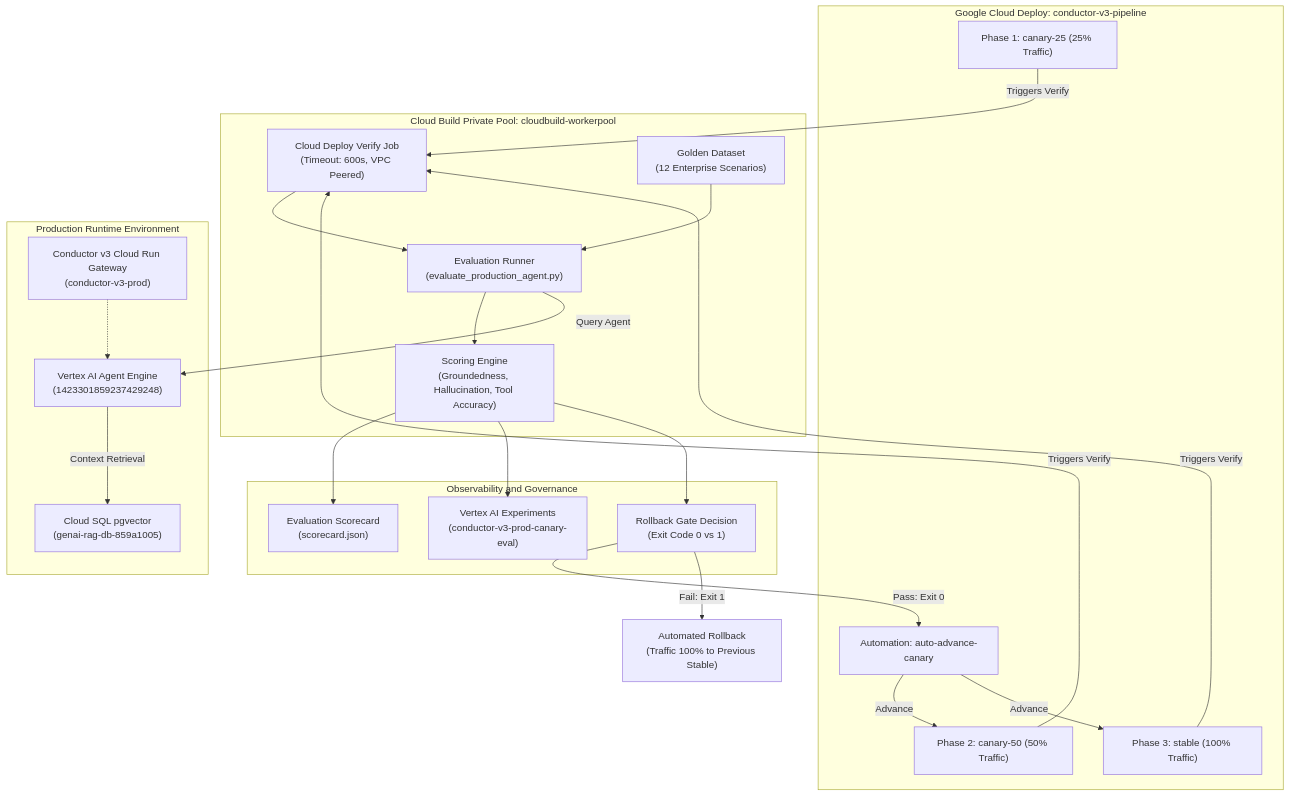
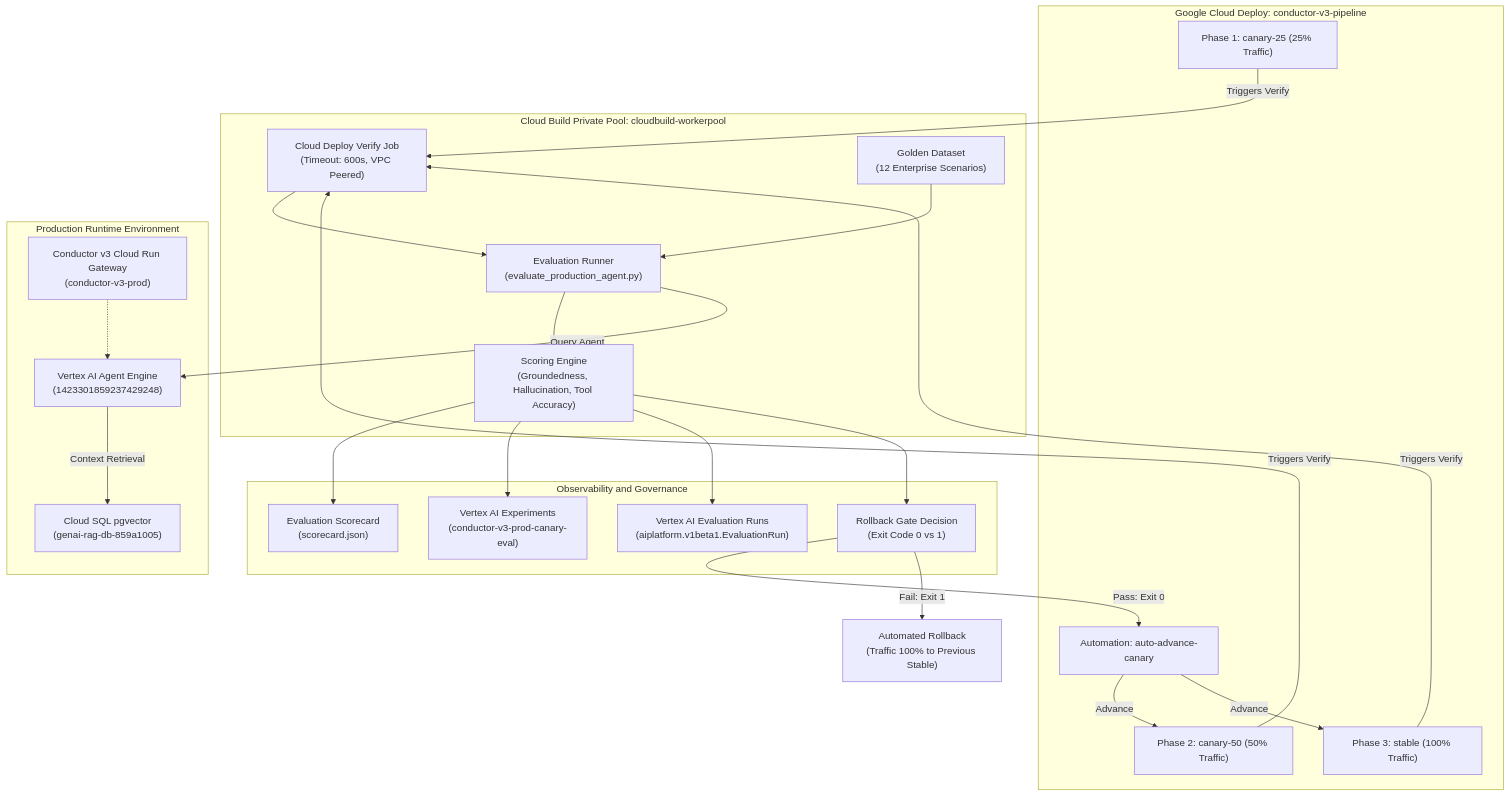
Before and after one commit to nateaveryg/analyst-response-conductor: the diagram in docs/adr/ADR-20260903-08-production-canary-agent-evaluation.md, drawn with Mermaid. The commit also changed other lines of this file and 3 other files, not shown here.

Commit message:
feat: publish native EvaluationRun resources to Vertex AI Agent Engine

````diff
--- a/docs/adr/ADR-20260903-08-production-canary-agent-evaluation.md
+++ b/docs/adr/ADR-20260903-08-production-canary-agent-evaluation.md
@@ -143,49 +143,51 @@
 ```mermaid
 graph TD
     subgraph CD["Google Cloud Deploy: conductor-v3-pipeline"]
         P1["Phase 1: canary-25 (25% Traffic)"]
         P2["Phase 2: canary-50 (50% Traffic)"]
         P3["Phase 3: stable (100% Traffic)"]
         AUTO["Automation: auto-advance-canary"]
     end
 
     subgraph WP["Cloud Build Private Pool: cloudbuild-workerpool"]
         VERIFY["Cloud Deploy Verify Job<br/>(Timeout: 600s, VPC Peered)"]
         RUNNER["Evaluation Runner<br/>(evaluate_production_agent.py)"]
         DATASET["Golden Dataset<br/>(12 Enterprise Scenarios)"]
         SCORER["Scoring Engine<br/>(Groundedness, Hallucination, Tool Accuracy)"]
     end
 
     subgraph PROD["Production Runtime Environment"]
         GATEWAY["Conductor v3 Cloud Run Gateway<br/>(conductor-v3-prod)"]
         ENGINE["Vertex AI Agent Engine<br/>(1423301859237429248)"]
         SQL["Cloud SQL pgvector<br/>(genai-rag-db-859a1005)"]
     end
 
     subgraph EXP["Observability and Governance"]
         VERTEX_EXP["Vertex AI Experiments<br/>(conductor-v3-prod-canary-eval)"]
+        EVAL_RUN["Vertex AI Evaluation Runs<br/>(aiplatform.v1beta1.EvaluationRun)"]
         SCORECARD["Evaluation Scorecard<br/>(scorecard.json)"]
         GATE["Rollback Gate Decision<br/>(Exit Code 0 vs 1)"]
     end
 
     P1 -->|Triggers Verify| VERIFY
     P2 -->|Triggers Verify| VERIFY
     P3 -->|Triggers Verify| VERIFY
 
     VERIFY --> RUNNER
     DATASET --> RUNNER
     RUNNER --> SCORER
 
     RUNNER -->|Query Agent| ENGINE
     ENGINE -->|Context Retrieval| SQL
     GATEWAY -.-> ENGINE
 
     SCORER --> SCORECARD
     SCORER --> VERTEX_EXP
+    SCORER --> EVAL_RUN
     SCORER --> GATE
 
     GATE -->|Pass: Exit 0| AUTO
     AUTO -->|Advance| P2
     AUTO -->|Advance| P3
     GATE -->|Fail: Exit 1| ROLLBACK["Automated Rollback<br/>(Traffic 100% to Previous Stable)"]
 ```
````
